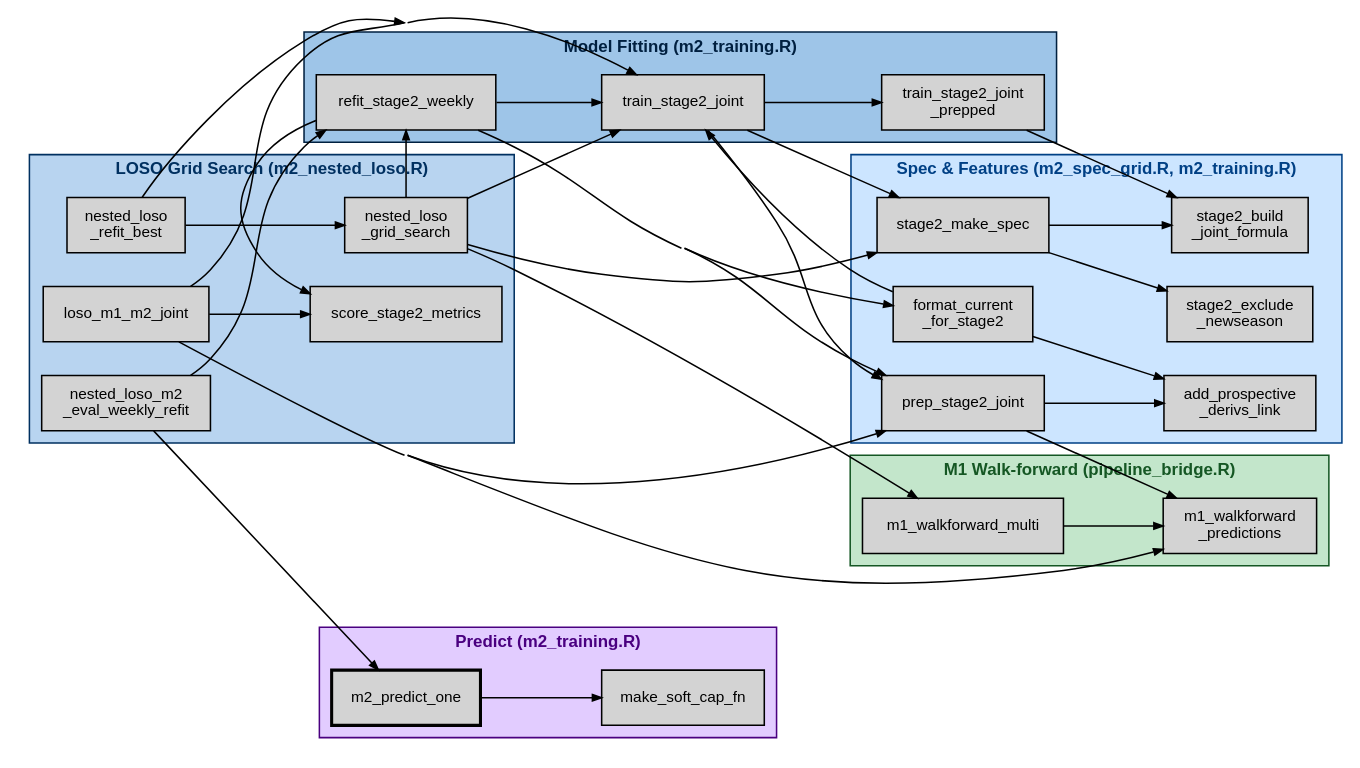
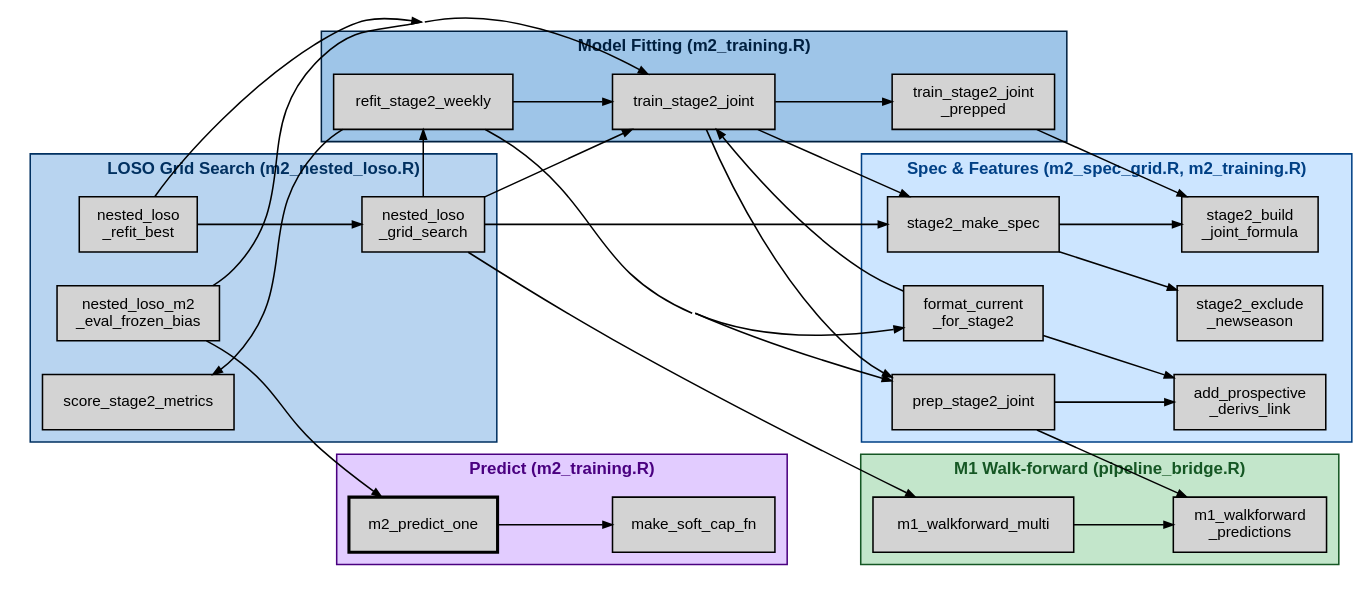
One commit to lennon-li/PAGe changed the diagram in docs/forecast_training.qmd. Above: the diagram before and after it, drawn with Graphviz. The commit also changed 46 other files, not shown here.

```diff
--- a/docs/forecast_training.qmd
+++ b/docs/forecast_training.qmd
@@ -743,9 +743,8 @@
     color="#003060"; fillcolor="#b8d4f0"; fontcolor="#003060";
     fontsize=11; fontname="Helvetica-Bold";
     nested_loso_grid_search          [label="nested_loso\n_grid_search"];
-    nested_loso_m2_eval_weekly_refit [label="nested_loso_m2\n_eval_weekly_refit"];
+    nested_loso_m2_eval_frozen_bias  [label="nested_loso_m2\n_eval_frozen_bias"];
     nested_loso_refit_best           [label="nested_loso\n_refit_best"];
-    loso_m1_m2_joint                 [label="loso_m1_m2_joint"];
     score_stage2_metrics             [label="score_stage2_metrics"];
   }
   subgraph cluster_fit {
@@ -788,14 +787,10 @@
   nested_loso_grid_search    -> refit_stage2_weekly;
   nested_loso_grid_search    -> train_stage2_joint;
   nested_loso_grid_search    -> stage2_make_spec;
-  nested_loso_m2_eval_weekly_refit -> refit_stage2_weekly;
-  nested_loso_m2_eval_weekly_refit -> m2_predict_one;
+  nested_loso_m2_eval_frozen_bias  -> m2_predict_one;
+  nested_loso_m2_eval_frozen_bias  -> train_stage2_joint;
   nested_loso_refit_best     -> nested_loso_grid_search;
   nested_loso_refit_best     -> train_stage2_joint;
-  loso_m1_m2_joint           -> m1_walkforward_predictions;
-  loso_m1_m2_joint           -> prep_stage2_joint;
-  loso_m1_m2_joint           -> train_stage2_joint;
-  loso_m1_m2_joint           -> score_stage2_metrics;
   m1_walkforward_multi       -> m1_walkforward_predictions;
   prep_stage2_joint          -> m1_walkforward_predictions;
   m2_predict_one             -> make_soft_cap_fn;
```
